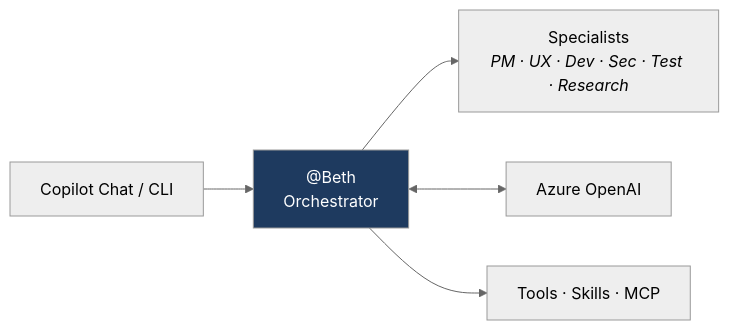
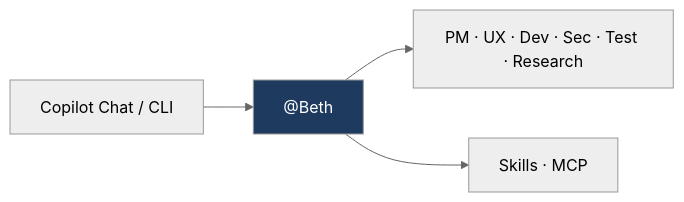
One commit to shyamsridhar123/ATV-AgentSkillsDemo changed the first of 7 diagrams in README.md. Above: the diagram before and after it, drawn with Mermaid (neutral theme). The commit also changed other lines of this file and 2 other files, not shown here.

Commit message:
beth-7bo: Simplify all architecture mermaid diagrams in README.md and SYSTEM-FLOW.md

````diff
--- a/README.md
+++ b/README.md
@@ -35,9 +35,8 @@
 ```mermaid
 flowchart LR
-    Input["Copilot Chat / CLI"] --> Beth["@Beth<br/>Orchestrator"]
-    Beth --> Agents["Specialists<br/><i>PM · UX · Dev · Sec · Test · Research</i>"]
-    Beth <--> LLM["Azure OpenAI"]
-    Beth --> Capabilities["Tools · Skills · MCP"]
+    Input["Copilot Chat / CLI"] --> Beth["@Beth"]
+    Beth --> Agents["PM · UX · Dev · Sec · Test · Research"]
+    Beth --> Skills["Skills · MCP"]
 
     style Beth fill:#1e3a5f,color:#fff
 ```
````
